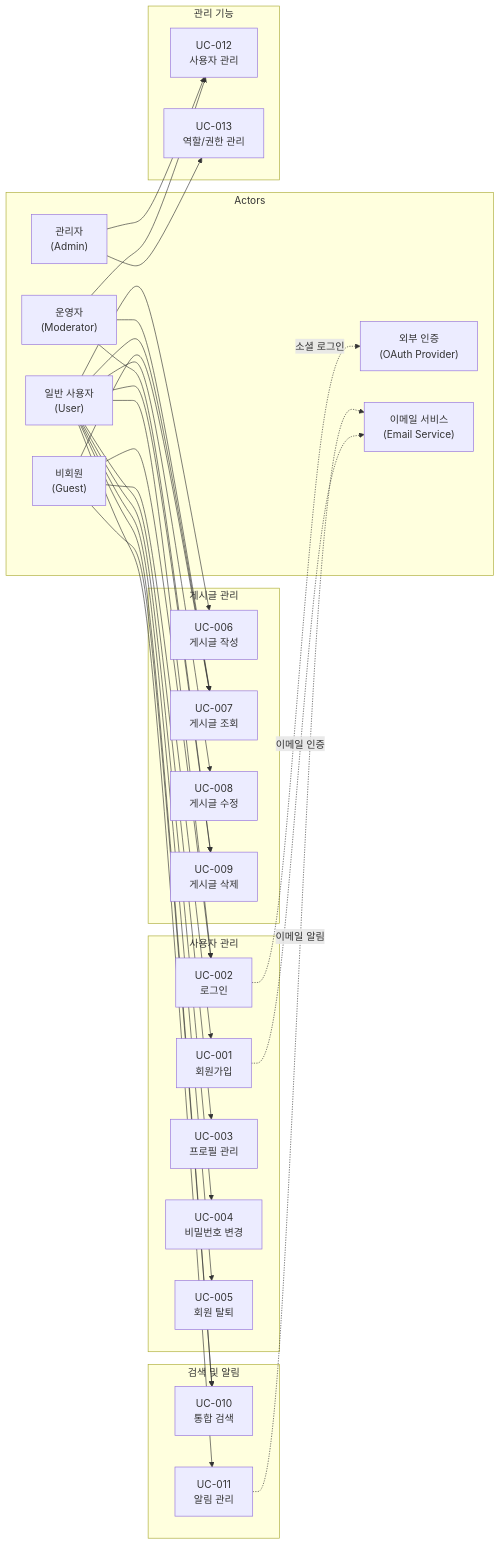
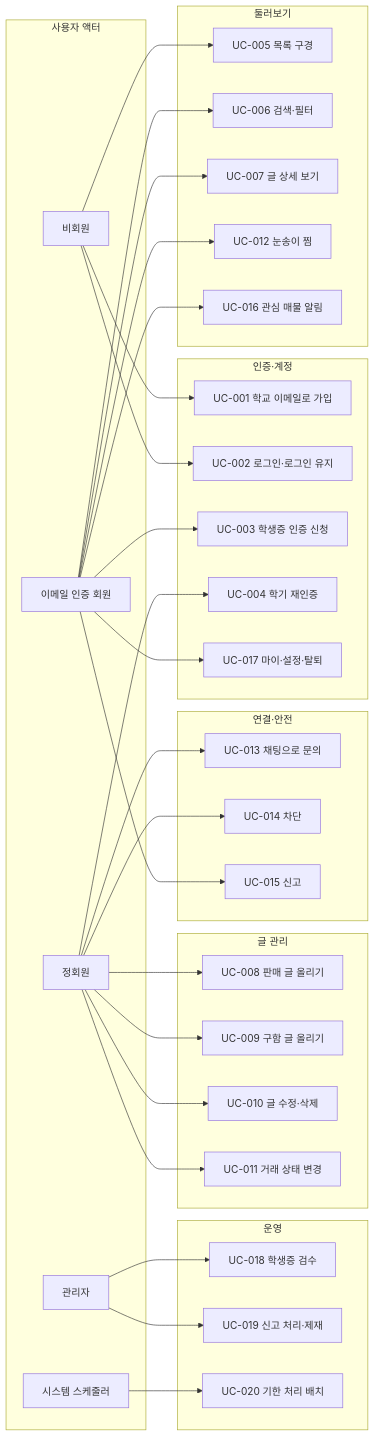
The first of 3 diagrams in waterfall/01-요구사항분석/유스케이스명세서.md (yuna14742/sookbak-sookbak), drawn with Mermaid before and after one commit. The commit also changed other lines of this file and 2 other files, not shown here.

````diff
--- a/waterfall/01-요구사항분석/유스케이스명세서.md
+++ b/waterfall/01-요구사항분석/유스케이스명세서.md
@@ -44,63 +43,66 @@
 ```mermaid
 flowchart LR
-    subgraph Actors
-        GUEST["비회원\n(Guest)"]
-        USER["일반 사용자\n(User)"]
-        MODERATOR["운영자\n(Moderator)"]
-        ADMIN["관리자\n(Admin)"]
-        EXT_AUTH["외부 인증\n(OAuth Provider)"]
-        EXT_EMAIL["이메일 서비스\n(Email Service)"]
+    subgraph Actors["사용자 액터"]
+        GUEST["비회원"]
+        EMAIL["이메일 인증 회원"]
+        MEMBER["정회원"]
+        ADMIN["관리자"]
+        SYS["시스템 스케줄러"]
     end
 
-    subgraph "사용자 관리"
-        UC001["UC-001\n회원가입"]
-        UC002["UC-002\n로그인"]
-        UC003["UC-003\n프로필 관리"]
-        UC004["UC-004\n비밀번호 변경"]
-        UC005["UC-005\n회원 탈퇴"]
+    subgraph AUTH["인증·계정"]
+        UC001["UC-001 학교 이메일로 가입"]
+        UC002["UC-002 로그인·로그인 유지"]
+        UC003["UC-003 학생증 인증 신청"]
+        UC004["UC-004 학기 재인증"]
+        UC017["UC-017 마이·설정·탈퇴"]
     end
 
-    subgraph "게시글 관리"
-        UC006["UC-006\n게시글 작성"]
-        UC007["UC-007\n게시글 조회"]
-        UC008["UC-008\n게시글 수정"]
-        UC009["UC-009\n게시글 삭제"]
+    subgraph BROWSE["둘러보기"]
+        UC005["UC-005 목록 구경"]
+        UC006["UC-006 검색·필터"]
+        UC007["UC-007 글 상세 보기"]
+        UC012["UC-012 눈송이 찜"]
+        UC016["UC-016 관심 매물 알림"]
     end
 
-    subgraph "검색 및 알림"
-        UC010["UC-010\n통합 검색"]
-        UC011["UC-011\n알림 관리"]
+    subgraph POST["글 관리"]
+        UC008["UC-008 판매 글 올리기"]
+        UC009["UC-009 구함 글 올리기"]
+        UC010["UC-010 글 수정·삭제"]
+        UC011["UC-011 거래 상태 변경"]
     end
 
-    subgraph "관리 기능"
-        UC012["UC-012\n사용자 관리"]
-        UC013["UC-013\n역할/권한 관리"]
+    subgraph TALK["연결·안전"]
+        UC013["UC-013 채팅으로 문의"]
+        UC014["UC-014 차단"]
+        UC015["UC-015 신고"]
+    end
+
+    subgraph OPS["운영"]
+        UC018["UC-018 학생증 검수"]
+        UC019["UC-019 신고 처리·제재"]
+        UC020["UC-020 기한 처리 배치"]
     end
 
     GUEST --> UC001
     GUEST --> UC002
-    GUEST --> UC007
-    GUEST --> UC010
-
-    USER --> UC002
-    USER --> UC003
-    USER --> UC004
-    USER --> UC005
-    USER --> UC006
-    USER --> UC007
-    USER --> UC008
-    USER --> UC009
-    USER --> UC010
-    USER --> UC011
-
-    MODERATOR --> UC007
-    MODERATOR --> UC009
-    MODERATOR --> UC012
-
-    ADMIN --> UC012
-    ADMIN --> UC013
-
-    UC001 -.->|"이메일 인증"| EXT_EMAIL
-    UC002 -.->|"소셜 로그인"| EXT_AUTH
-    UC011 -.->|"이메일 알림"| EXT_EMAIL
+    GUEST --> UC005
+    EMAIL --> UC003
+    EMAIL --> UC006
+    EMAIL --> UC007
+    EMAIL --> UC012
+    EMAIL --> UC016
+    EMAIL --> UC015
+    EMAIL --> UC017
+    MEMBER --> UC004
+    MEMBER --> UC008
+    MEMBER --> UC009
+    MEMBER --> UC010
+    MEMBER --> UC011
+    MEMBER --> UC013
+    MEMBER --> UC014
+    ADMIN --> UC018
+    ADMIN --> UC019
+    SYS --> UC020
 ```
````
